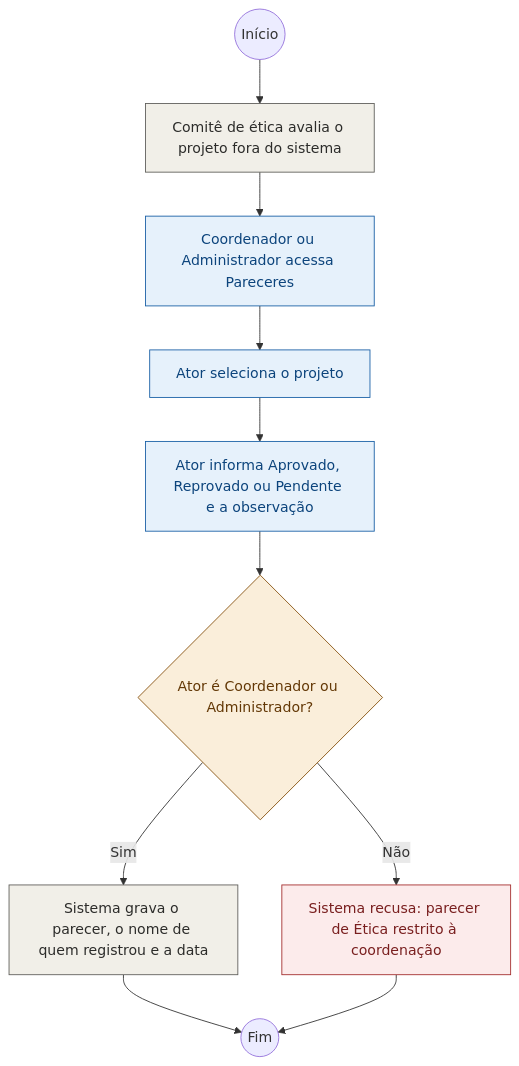
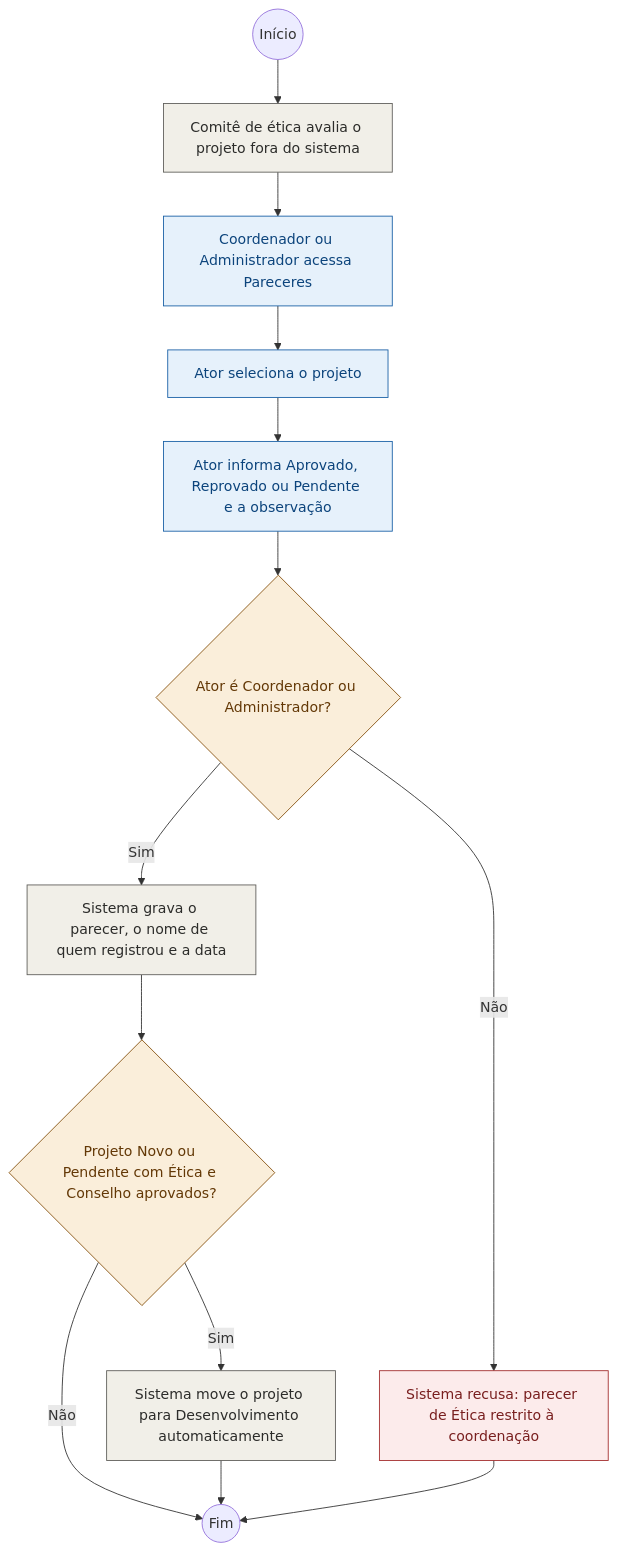
The diagram in documentos/atividades/05-registrar-parecer-etica.mmd (HevertonMarques/desweb_rep), drawn with Mermaid before and after one commit. The commit also changed 26 other files, not shown here.

```diff
--- a/documentos/atividades/05-registrar-parecer-etica.mmd
+++ b/documentos/atividades/05-registrar-parecer-etica.mmd
@@ -1,18 +1,21 @@
 flowchart TD
   ini(("Início")) --> x1["Comitê de ética avalia o projeto fora do sistema"]
   x1 --> a1["Coordenador ou Administrador acessa Pareceres"]
   a1 --> a2["Ator seleciona o projeto"]
   a2 --> a3["Ator informa Aprovado, Reprovado ou Pendente e a observação"]
   a3 --> d1{"Ator é Coordenador ou Administrador?"}
   d1 -- Não --> e1["Sistema recusa: parecer de Ética restrito à coordenação"]
   d1 -- Sim --> s1["Sistema grava o parecer, o nome de quem registrou e a data"]
-  s1 --> fim((Fim))
+  s1 --> d2{"Projeto Novo ou Pendente com Ética e Conselho aprovados?"}
+  d2 -- Sim --> s2["Sistema move o projeto para Desenvolvimento automaticamente"]
+  d2 -- Não --> fim((Fim))
+  s2 --> fim
   e1 --> fim
   classDef ator fill:#E6F1FB,stroke:#185FA5,color:#0C447C
   classDef sis fill:#F1EFE8,stroke:#5F5E5A,color:#2C2C2A
   classDef dec fill:#FAEEDA,stroke:#854F0B,color:#633806
   classDef err fill:#FCEBEB,stroke:#A32D2D,color:#791F1F
   class a1,a2,a3 ator
-  class x1,s1 sis
-  class d1 dec
+  class x1,s1,s2 sis
+  class d1,d2 dec
   class e1 err
```
